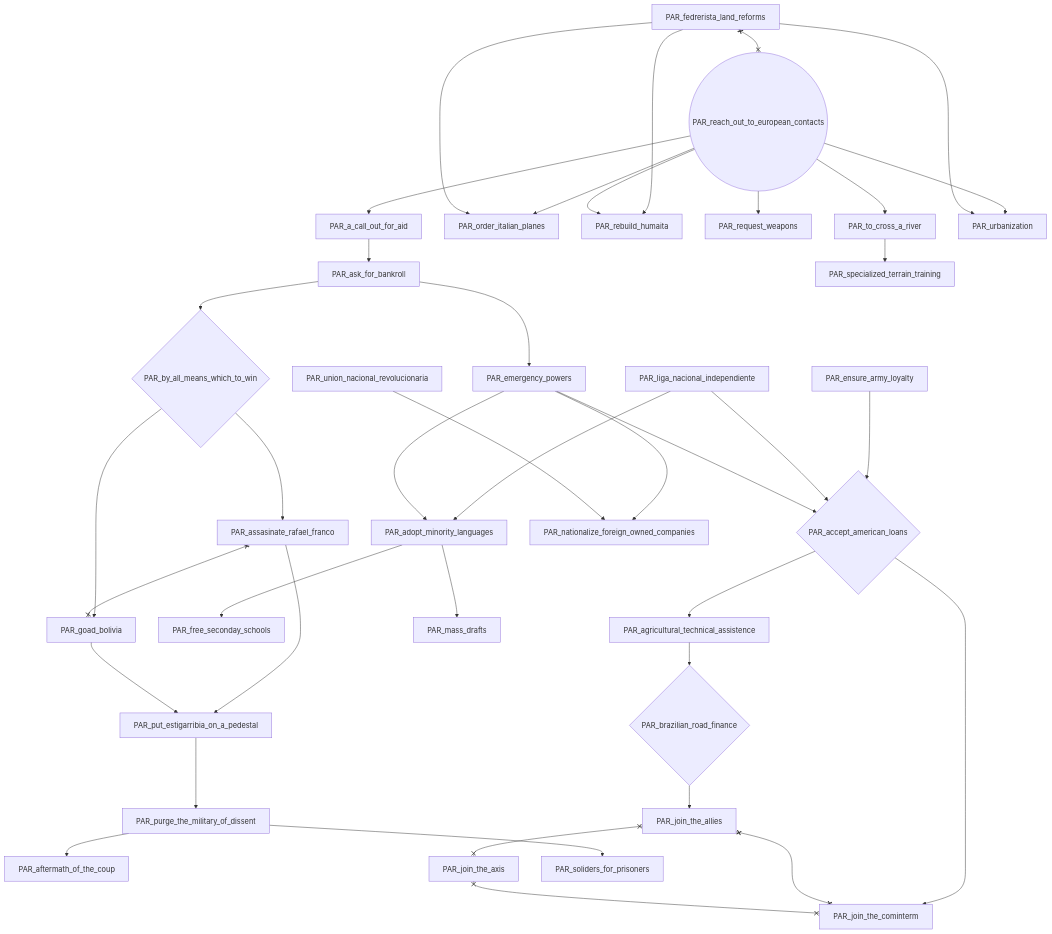
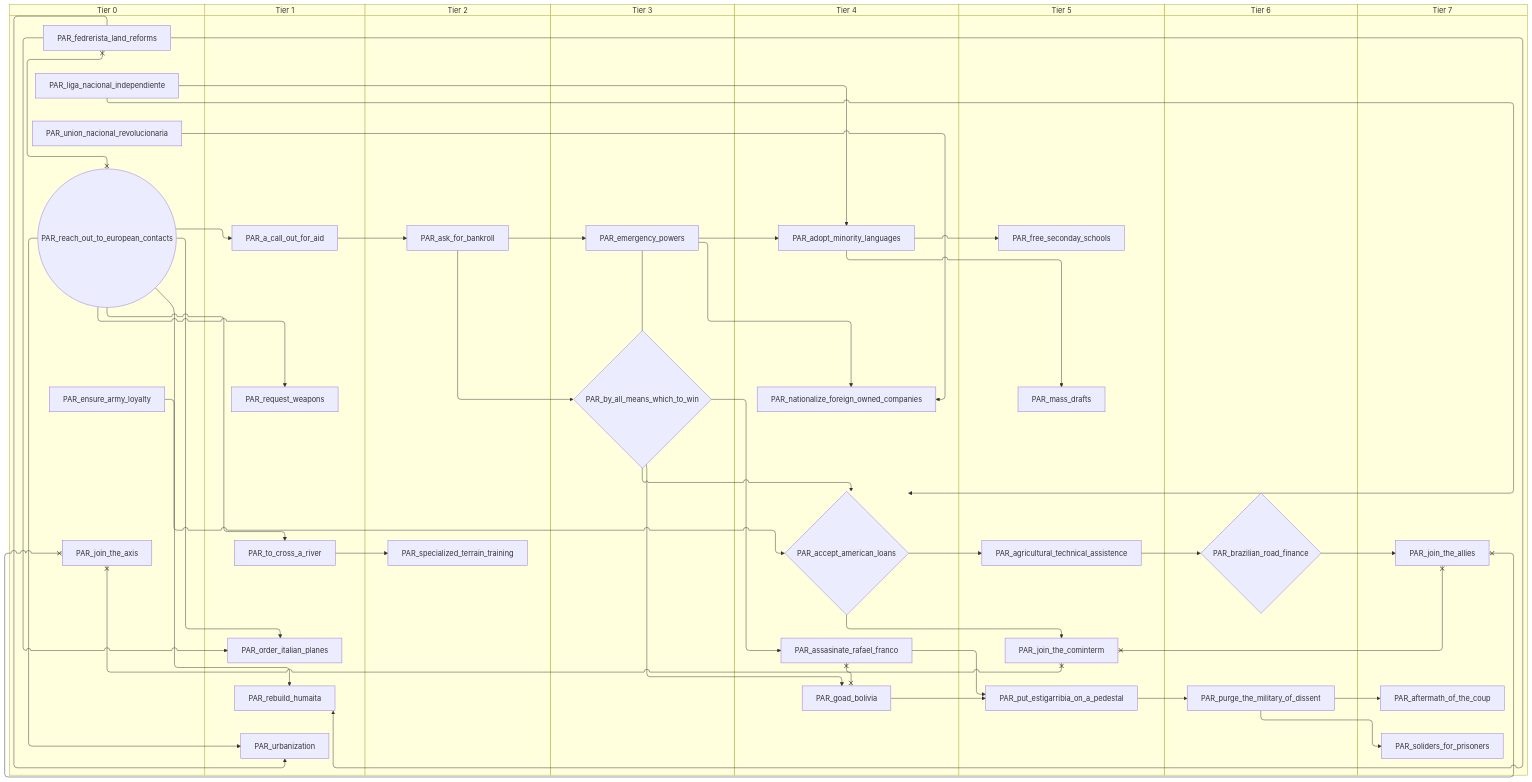
Before and after one commit to evgeny-sobol/hoi4-sandbox-mode: the second of 2 diagrams in docs/gdd/National Focuses/paraguay.md, drawn with Mermaid. The commit also changed other lines of this file and 80 other files, not shown here.

First line of the commit message:
Add swimlane mode to focus graph exporter

````diff
--- a/docs/gdd/National Focuses/paraguay.md
+++ b/docs/gdd/National Focuses/paraguay.md
@@ -109,72 +133,88 @@
 ```mermaid
-flowchart TD
-    n43["PAR_a_call_out_for_aid"]
-    n2{"PAR_accept_american_loans"}
-    n4["PAR_adopt_minority_languages"]
-    n44["PAR_aftermath_of_the_coup"]
-    n5["PAR_agricultural_technical_assistence"]
-    n45["PAR_ask_for_bankroll"]
-    n46["PAR_assasinate_rafael_franco"]
-    n11{"PAR_brazilian_road_finance"}
-    n47{"PAR_by_all_means_which_to_win"}
-    n16["PAR_emergency_powers"]
-    n17["PAR_ensure_army_loyalty"]
-    n18["PAR_fedrerista_land_reforms"]
-    n19["PAR_free_seconday_schools"]
-    n48["PAR_goad_bolivia"]
-    n23["PAR_join_the_allies"]
-    n24["PAR_join_the_axis"]
-    n25["PAR_join_the_cominterm"]
-    n26["PAR_liga_nacional_independiente"]
-    n27["PAR_mass_drafts"]
-    n30["PAR_nationalize_foreign_owned_companies"]
-    n33["PAR_order_italian_planes"]
-    n49["PAR_purge_the_military_of_dissent"]
-    n50["PAR_put_estigarribia_on_a_pedestal"]
-    n36(("PAR_reach_out_to_european_contacts"))
-    n37["PAR_rebuild_humaita"]
-    n51["PAR_request_weapons"]
-    n52["PAR_soliders_for_prisoners"]
-    n53["PAR_specialized_terrain_training"]
-    n54["PAR_to_cross_a_river"]
-    n41["PAR_union_nacional_revolucionaria"]
-    n42["PAR_urbanization"]
-    n36 --> n43
-    n17 --> n2
-    n26 --> n2
-    n16 --> n2
-    n26 --> n4
-    n16 --> n4
-    n49 --> n44
-    n2 --> n5
-    n43 --> n45
-    n47 --> n46
-    n5 --> n11
+swimlane-beta TD
+    subgraph tier_0["Tier 0"]
+        n31["PAR_ensure_army_loyalty"]
+        n2["PAR_fedrerista_land_reforms"]
+        n36["PAR_join_the_axis"]
+        n21["PAR_liga_nacional_independiente"]
+        n3(("PAR_reach_out_to_european_contacts"))
+        n24["PAR_union_nacional_revolucionaria"]
+    end
+    subgraph tier_1["Tier 1"]
+        n43["PAR_a_call_out_for_aid"]
+        n7["PAR_order_italian_planes"]
+        n8["PAR_rebuild_humaita"]
+        n44["PAR_request_weapons"]
+        n45["PAR_to_cross_a_river"]
+        n9["PAR_urbanization"]
+    end
+    subgraph tier_2["Tier 2"]
+        n46["PAR_ask_for_bankroll"]
+        n47["PAR_specialized_terrain_training"]
+    end
+    subgraph tier_3["Tier 3"]
+        n48{"PAR_by_all_means_which_to_win"}
+        n1["PAR_emergency_powers"]
+    end
+    subgraph tier_4["Tier 4"]
+        n35{"PAR_accept_american_loans"}
+        n25["PAR_adopt_minority_languages"]
+        n49["PAR_assasinate_rafael_franco"]
+        n50["PAR_goad_bolivia"]
+        n29["PAR_nationalize_foreign_owned_companies"]
+    end
+    subgraph tier_5["Tier 5"]
+        n39["PAR_agricultural_technical_assistence"]
+        n32["PAR_free_seconday_schools"]
+        n40["PAR_join_the_cominterm"]
+        n33["PAR_mass_drafts"]
+        n51["PAR_put_estigarribia_on_a_pedestal"]
+    end
+    subgraph tier_6["Tier 6"]
+        n41{"PAR_brazilian_road_finance"}
+        n52["PAR_purge_the_military_of_dissent"]
+    end
+    subgraph tier_7["Tier 7"]
+        n53["PAR_aftermath_of_the_coup"]
+        n42["PAR_join_the_allies"]
+        n54["PAR_soliders_for_prisoners"]
+    end
+    n3 --> n43
+    n31 --> n35
+    n21 --> n35
+    n1 --> n35
+    n21 --> n25
+    n1 --> n25
+    n52 --> n53
+    n35 --> n39
+    n43 --> n46
+    n48 --> n49
+    n39 --> n41
+    n46 --> n48
+    n46 --> n1
+    n25 --> n32
+    n48 --> n50
+    n41 --> n42
+    n35 --> n40
+    n25 --> n33
+    n1 --> n29
+    n24 --> n29
+    n3 --> n7
+    n2 --> n7
+    n51 --> n52
+    n49 --> n51
+    n50 --> n51
+    n2 --> n8
+    n3 --> n8
+    n3 --> n44
+    n52 --> n54
     n45 --> n47
-    n45 --> n16
-    n4 --> n19
-    n47 --> n48
-    n11 --> n23
-    n2 --> n25
-    n4 --> n27
-    n16 --> n30
-    n41 --> n30
-    n36 --> n33
-    n18 --> n33
-    n50 --> n49
-    n46 --> n50
-    n48 --> n50
-    n18 --> n37
-    n36 --> n37
-    n36 --> n51
-    n49 --> n52
-    n54 --> n53
-    n36 --> n54
-    n36 --> n42
-    n18 --> n42
-    n46 x--x n48
-    n18 x--x n36
-    n23 x--x n24
-    n23 x--x n25
-    n24 x--x n25
+    n3 --> n45
+    n3 --> n9
+    n2 --> n9
+    n49 x--x n50
+    n2 x--x n3
+    n42 x--x n36
+    n42 x--x n40
+    n36 x--x n40
 ```
````
